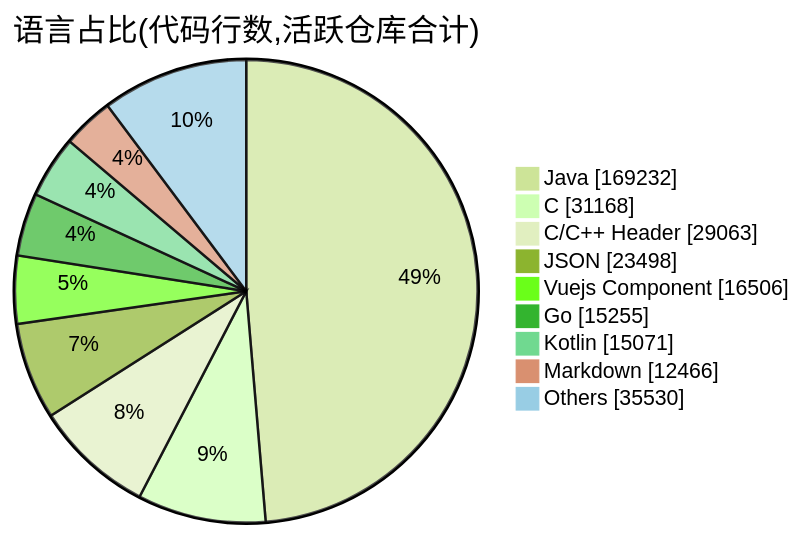
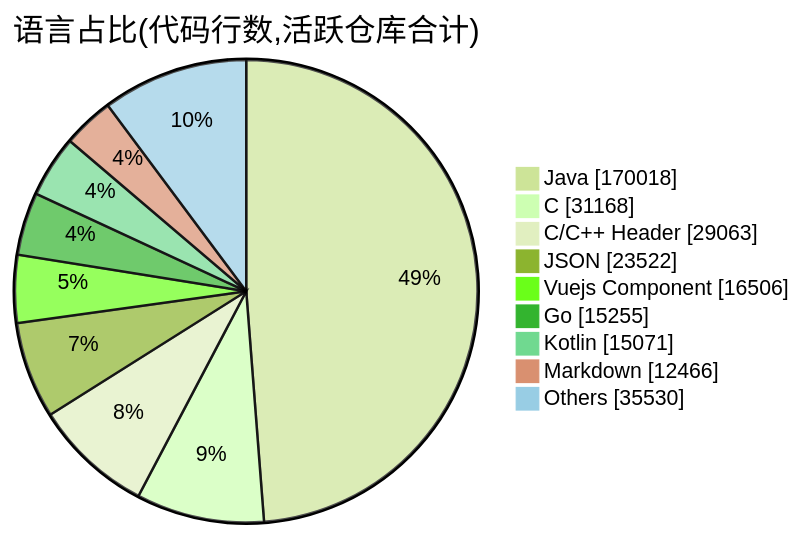
Before and after one commit to Conflux-Union/.github: the second of 2 diagrams in profile/README.md, drawn with Mermaid (forest theme). The commit also changed other lines of this file and 1 other file, not shown here.

````diff
--- a/profile/README.md
+++ b/profile/README.md
@@ -80,13 +80,13 @@
 ```mermaid
 pie showData
     title 语言占比(代码行数,活跃仓库合计)
-    "Java" : 169232
+    "Java" : 170018
     "C" : 31168
     "C/C++ Header" : 29063
-    "JSON" : 23498
+    "JSON" : 23522
     "Vuejs Component" : 16506
     "Go" : 15255
     "Kotlin" : 15071
     "Markdown" : 12466
     "Others" : 35530
 ```
````
